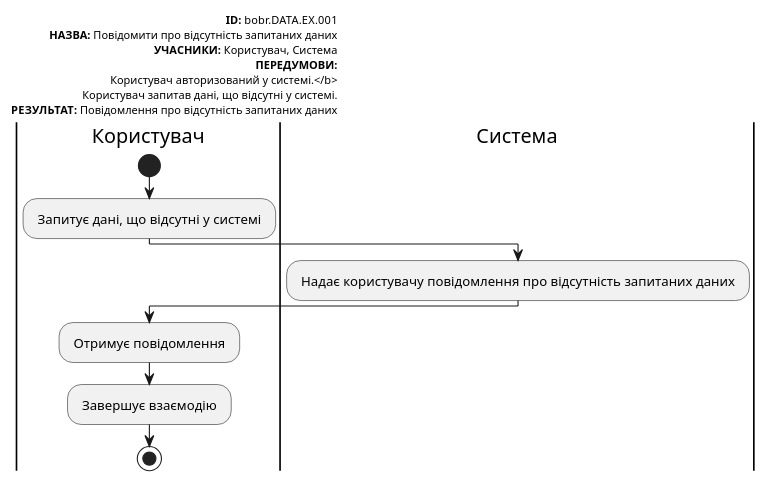
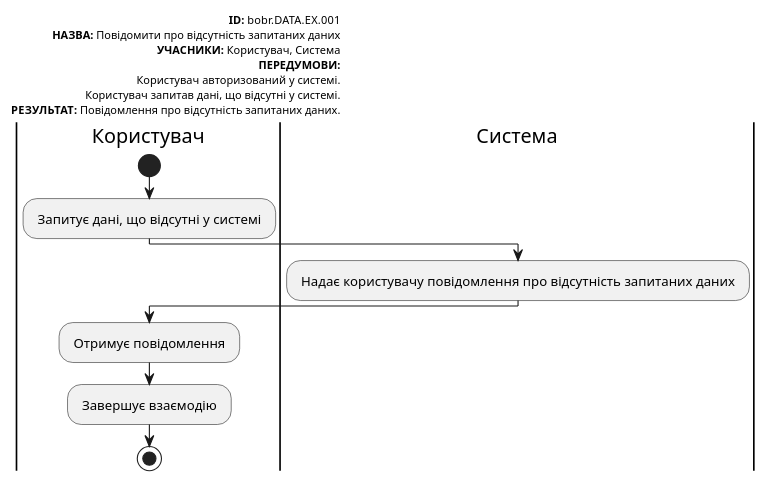
The sixth of 8 diagrams in docs/use cases/README.md (bochka123/bobryataStars), drawn with PlantUML before and after one commit. The commit also changed other lines of this file, not shown here.

```diff
--- a/docs/use cases/README.md
+++ b/docs/use cases/README.md
@@ -278,27 +278,27 @@
   @startuml
 
         left header
              <font color=000 size=10><b>ID:</b> bobr.DATA.EX.001
              <font color=000 size=10><b>НАЗВА:</b> Повідомити про відсутність запитаних даних
              <font color=000 size=10><b>УЧАСНИКИ:</b> Користувач, Система
              <font color=000 size=10><b>ПЕРЕДУМОВИ:</b>
-             <font color=000 size=10>Користувач авторизований у системі.</b>
+             <font color=000 size=10>Користувач авторизований у системі.
              <font color=000 size=10>Користувач запитав дані, що відсутні у системі.
-             <font color=000 size=10><b>РЕЗУЛЬТАТ:</b> Повідомлення про відсутність запитаних даних
+             <font color=000 size=10><b>РЕЗУЛЬТАТ:</b> Повідомлення про відсутність запитаних даних.
          end header
 
          |Користувач|
              start
              : Запитує дані, що відсутні у системі ;
 
          |Система|
              : Надає користувачу повідомлення про відсутність запитаних даних ;
 
          |Користувач|
              : Отримує повідомлення ;
 
              : Завершує взаємодію ;
 
              stop;
 
   @enduml
```
